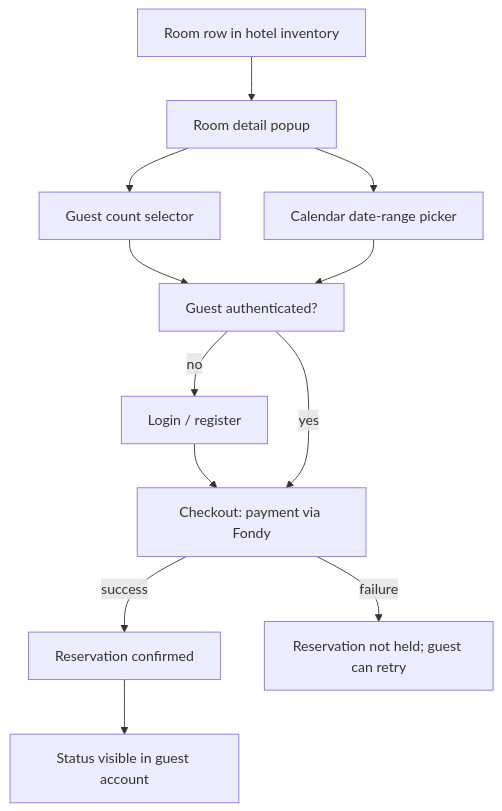
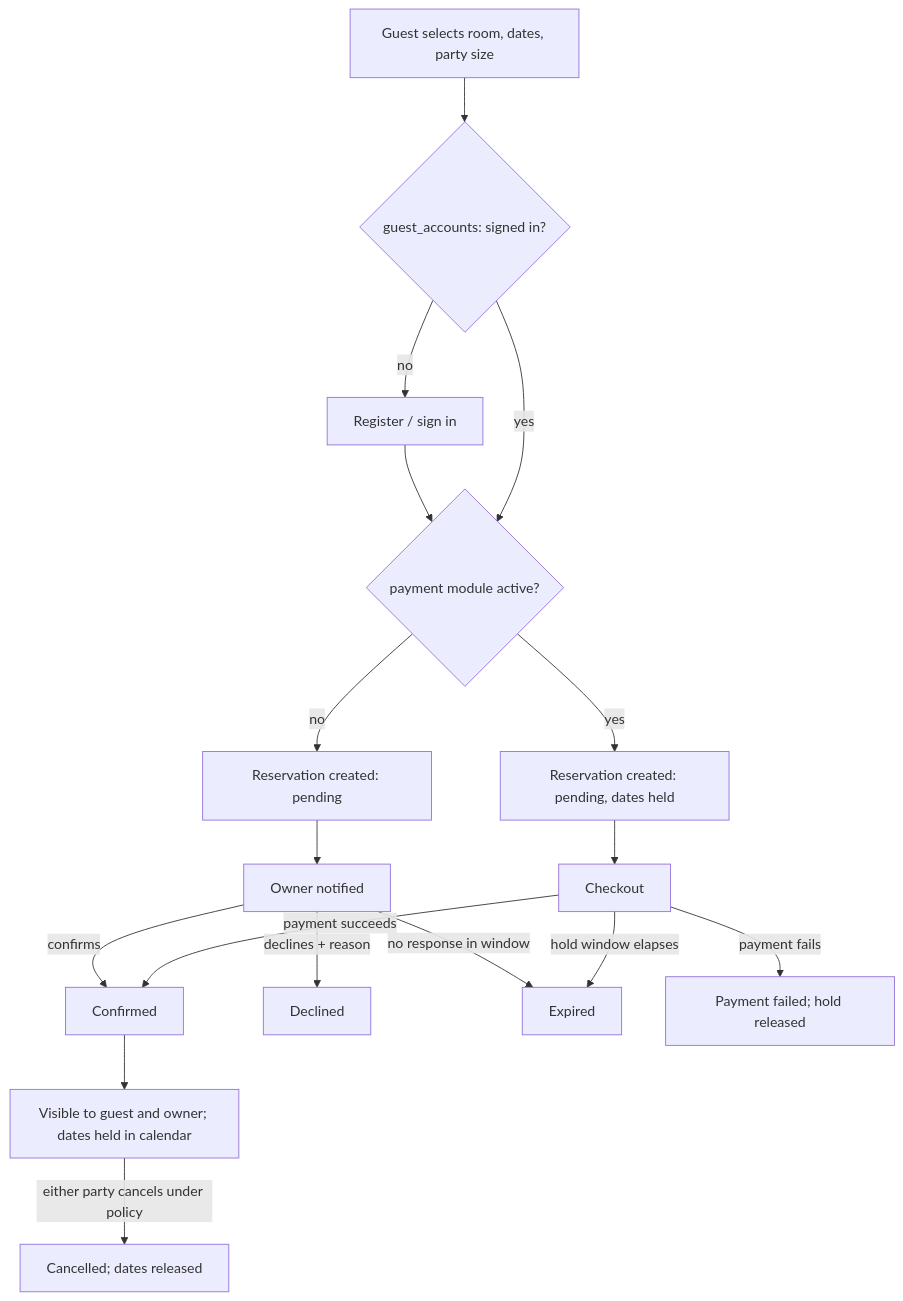
The first of 2 diagrams in .design/main/specifications/l1-room-reservation.md (teratron/booking), drawn with Mermaid before and after one commit. The commit also changed other lines of this file and 28 other files, not shown here.

````diff
--- a/.design/main/specifications/l1-room-reservation.md
+++ b/.design/main/specifications/l1-room-reservation.md
@@ -72,14 +167,19 @@
 ```mermaid
 graph TD
-    A[Room row in hotel inventory] --> B[Room detail popup]
-    B --> C[Guest count selector]
-    B --> D[Calendar date-range picker]
-    C --> E[Guest authenticated?]
-    D --> E
-    E -->|no| L[Login / register]
-    L --> F
-    E -->|yes| F[Checkout: payment via Fondy]
-    F -->|success| G[Reservation confirmed]
-    F -->|failure| H[Reservation not held; guest can retry]
-    G --> I[Status visible in guest account]
+    A[Guest selects room, dates, party size] --> B{guest_accounts: signed in?}
+    B -->|no| C[Register / sign in]
+    C --> D
+    B -->|yes| D{payment module active?}
+    D -->|no| E[Reservation created: pending]
+    E --> F[Owner notified]
+    F -->|confirms| G[Confirmed]
+    F -->|declines + reason| H[Declined]
+    F -->|no response in window| I[Expired]
+    D -->|yes| J[Reservation created: pending, dates held]
+    J --> K[Checkout]
+    K -->|payment succeeds| G
+    K -->|payment fails| L[Payment failed; hold released]
+    K -->|hold window elapses| I
+    G --> M[Visible to guest and owner; dates held in calendar]
+    M -->|either party cancels under policy| N[Cancelled; dates released]
 ```
````
